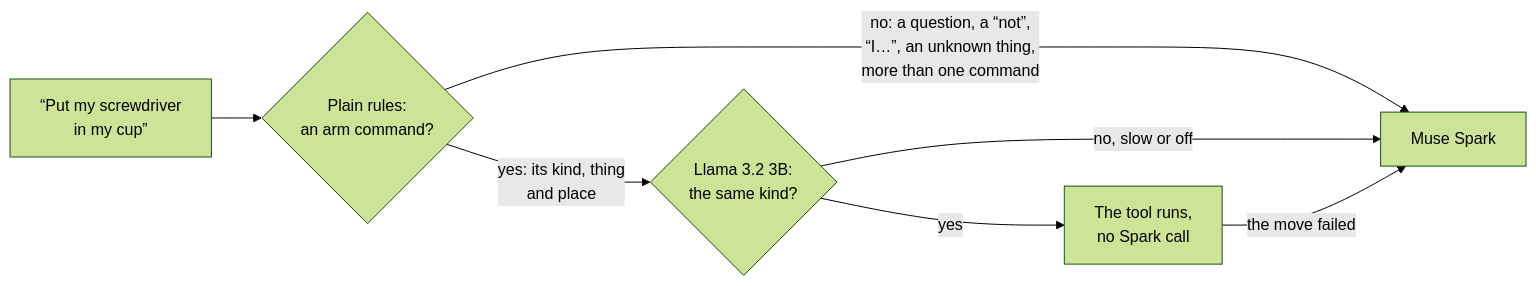
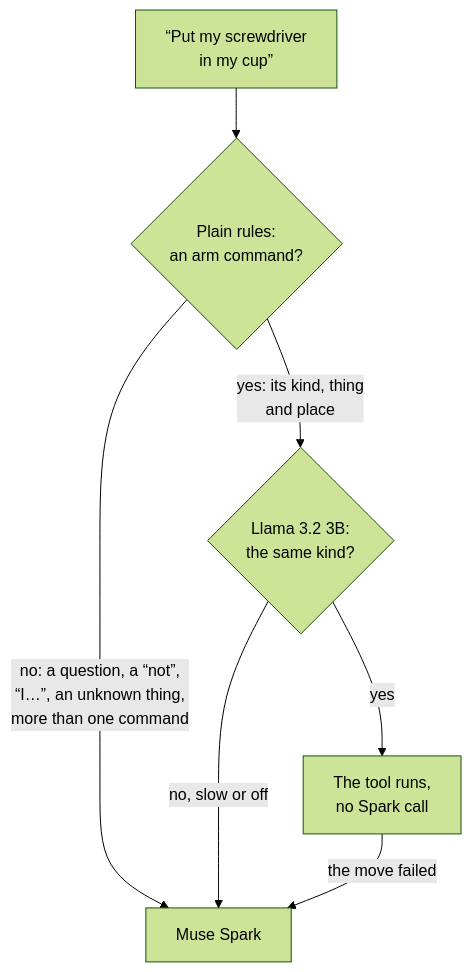
One commit to raahimnawaz/workbench-copilot changed the third of 3 diagrams in README.md. Above: the diagram before and after it, drawn with Mermaid (forest theme). The commit also changed other lines of this file, not shown here.

````diff
--- a/README.md
+++ b/README.md
@@ -200,9 +200,9 @@
 ```mermaid
-flowchart LR
+flowchart TD
   req["“Put my screwdriver<br>in my cup”"] --> rules{"Plain rules:<br>an arm command?"}
   rules -->|"no: a question, a “not”,<br>“I…”, an unknown thing,<br>more than one command"| spark["Muse Spark"]
   rules -->|"yes: its kind, thing<br>and place"| llama{"Llama 3.2 3B:<br>the same kind?"}
   llama -->|"no, slow or off"| spark
   llama -->|yes| run["The tool runs,<br>no Spark call"]
   run -->|"the move failed"| spark
 ```
````
